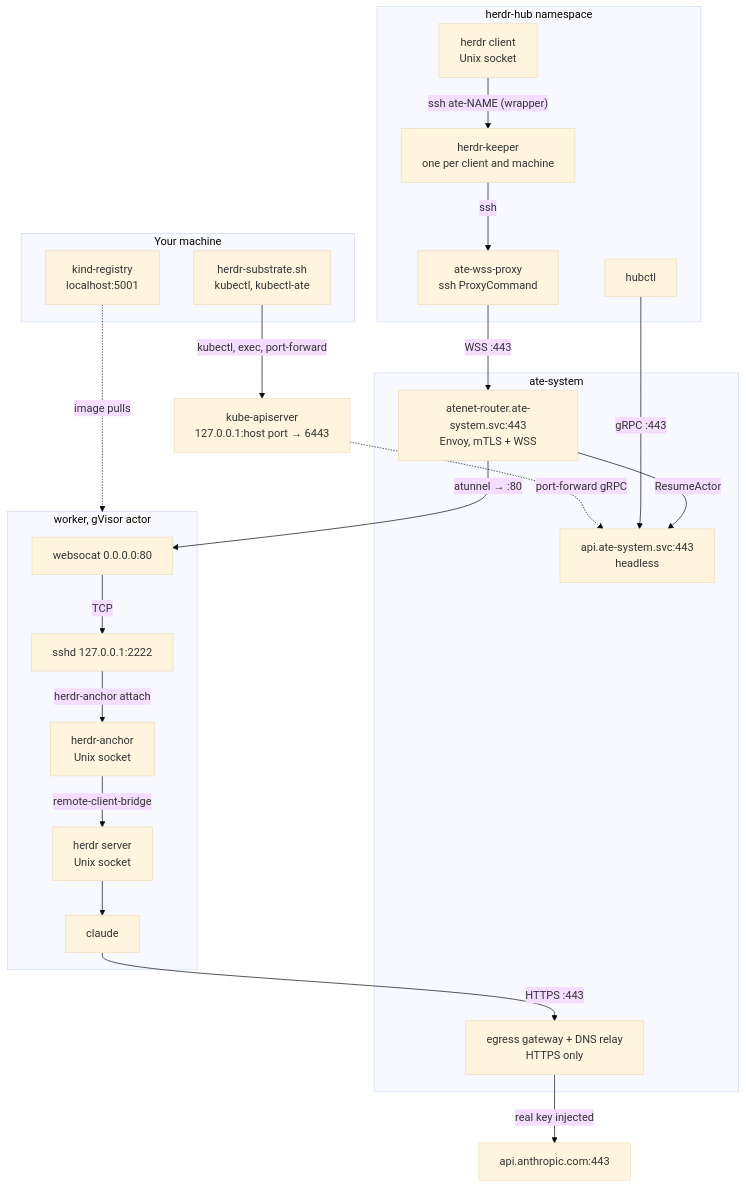
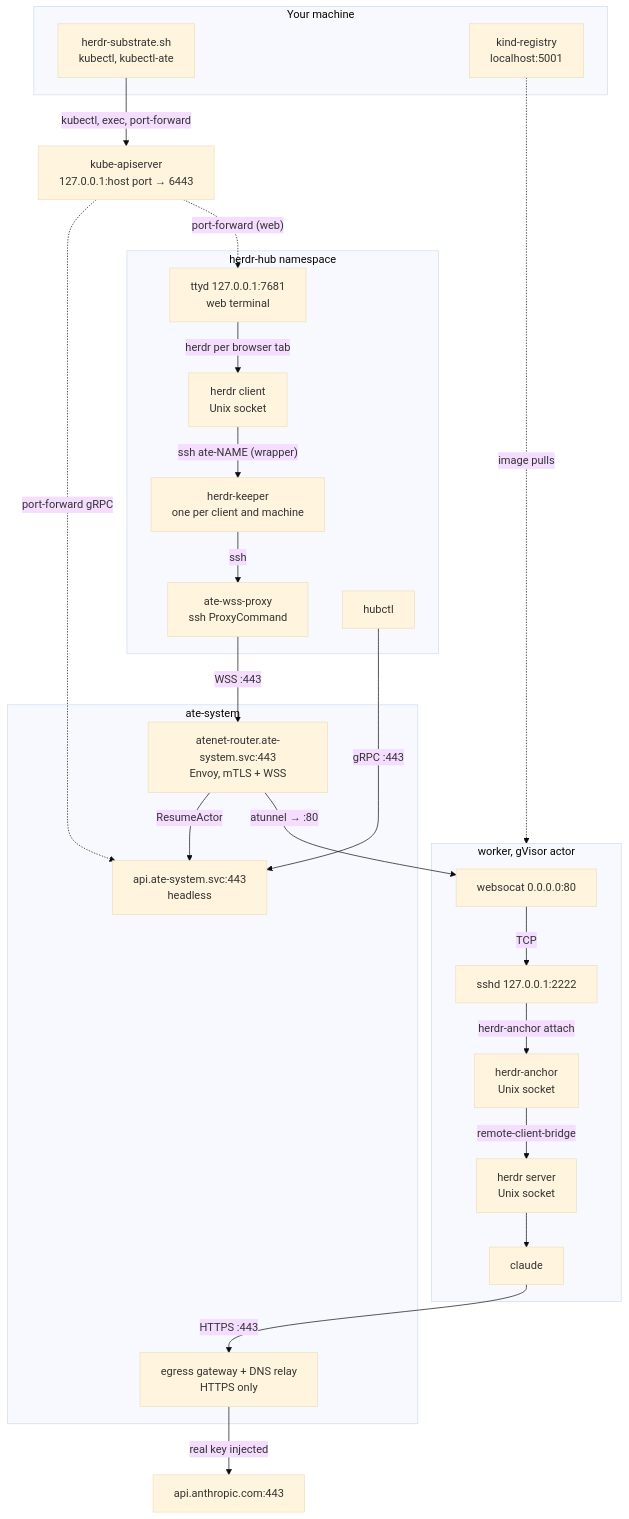
One commit to danaschwanden/herdr-agent-substrate changed the seventh of 19 diagrams in README.md. Above: the diagram before and after it, drawn with Mermaid (base theme). The commit also changed other lines of this file and 10 other files, not shown here.

````diff
--- a/README.md
+++ b/README.md
@@ -647,48 +693,51 @@
 ```mermaid
 flowchart TB
   subgraph laptop["Your machine"]
     SH["herdr-substrate.sh<br/>kubectl, kubectl-ate"]
     REG["kind-registry<br/>localhost:5001"]
   end
 
   KAPI["kube-apiserver<br/>127.0.0.1:host port → 6443"]
 
   subgraph hubns["herdr-hub namespace"]
     HC["herdr client<br/>Unix socket"]
     KP["herdr-keeper<br/>one per client and machine"]
     PX["ate-wss-proxy<br/>ssh ProxyCommand"]
     HCTL["hubctl"]
+    TT["ttyd 127.0.0.1:7681<br/>web terminal"]
   end
 
   subgraph ate["ate-system"]
     RTR["atenet-router.ate-system.svc:443<br/>Envoy, mTLS + WSS"]
     APISVC["api.ate-system.svc:443<br/>headless"]
     EGW["egress gateway + DNS relay<br/>HTTPS only"]
   end
 
   subgraph worker["worker, gVisor actor"]
     WS["websocat 0.0.0.0:80"]
     SSHD["sshd 127.0.0.1:2222"]
     AN["herdr-anchor<br/>Unix socket"]
     HS["herdr server<br/>Unix socket"]
     CL["claude"]
   end
 
   ANT["api.anthropic.com:443"]
 
   SH -- "kubectl, exec, port-forward" --> KAPI
   KAPI -. "port-forward gRPC" .-> APISVC
+  KAPI -. "port-forward (web)" .-> TT
+  TT -- "herdr per browser tab" --> HC
   REG -. "image pulls" .-> worker
   HC -- "ssh ate-NAME (wrapper)" --> KP
   KP -- "ssh" --> PX
   PX -- "WSS :443" --> RTR
   HCTL -- "gRPC :443" --> APISVC
   RTR -- "ResumeActor" --> APISVC
   RTR -- "atunnel → :80" --> WS
   WS -- "TCP" --> SSHD
   SSHD -- "herdr-anchor attach" --> AN
   AN -- "remote-client-bridge" --> HS
   HS --> CL
   CL -- "HTTPS :443" --> EGW
   EGW -- "real key injected" --> ANT
 ```
````
